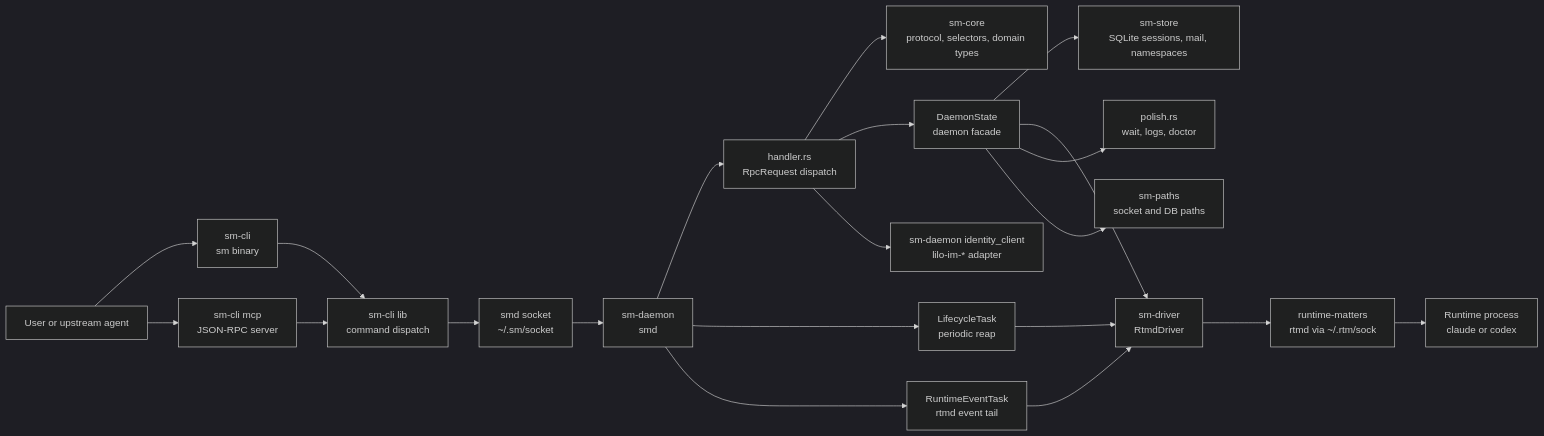
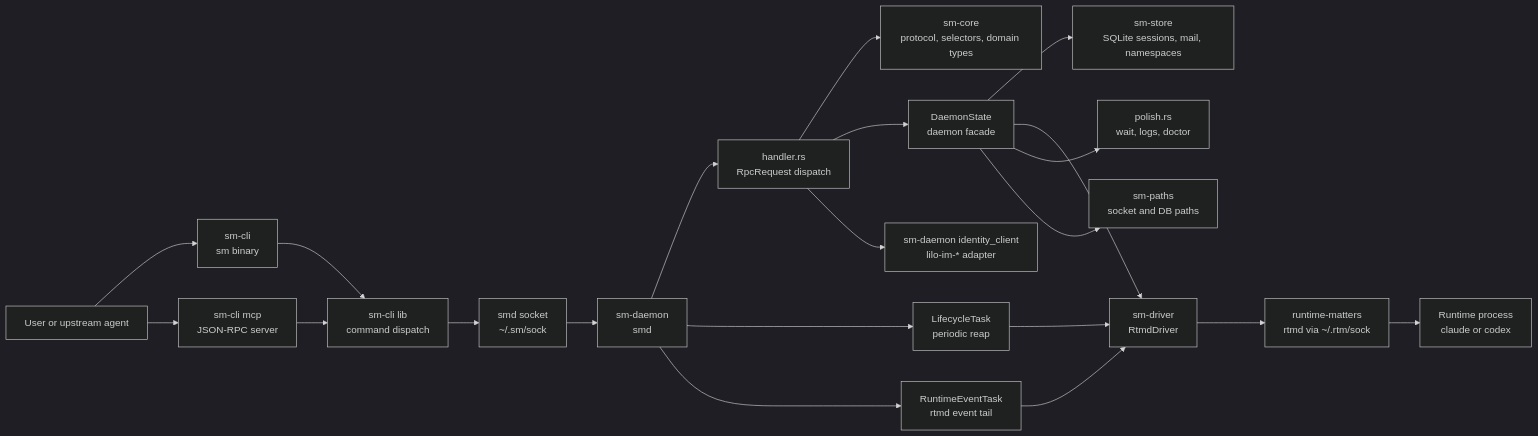
One commit to littleorgans/session-matters changed the first of 3 diagrams in MAP.md. Above: the diagram before and after it, drawn with Mermaid (dark theme). The commit also changed other lines of this file and 1 other file, not shown here.

````diff
--- a/MAP.md
+++ b/MAP.md
@@ -9,42 +9,42 @@
 ```mermaid
 flowchart LR
     User["User or upstream agent"]
     CLI["sm-cli<br/>sm binary"]
     Lib["sm-cli lib<br/>command dispatch"]
     Mcp["sm-cli mcp<br/>JSON-RPC server"]
-    Socket["smd socket<br/>~/.sm/socket"]
+    Socket["smd socket<br/>~/.sm/sock"]
     Daemon["sm-daemon<br/>smd"]
     Handler["handler.rs<br/>RpcRequest dispatch"]
     State["DaemonState<br/>daemon facade"]
     Store["sm-store<br/>SQLite sessions, mail, namespaces"]
     Driver["sm-driver<br/>RtmdDriver"]
     Identity["sm-daemon identity_client<br/>lilo-im-* adapter"]
     Lifecycle["LifecycleTask<br/>periodic reap"]
     Events["RuntimeEventTask<br/>rtmd event tail"]
     Polish["polish.rs<br/>wait, logs, doctor"]
     Paths["sm-paths<br/>socket and DB paths"]
     Core["sm-core<br/>protocol, selectors, domain types"]
     Rtmd["runtime-matters<br/>rtmd via ~/.rtm/sock"]
     Runtime["Runtime process<br/>claude or codex"]
 
     User --> CLI
     CLI --> Lib
     Lib --> Socket
     User --> Mcp
     Mcp --> Lib
     Socket --> Daemon
     Daemon --> Handler
     Handler --> Core
     Handler --> State
     Handler --> Identity
     State --> Store
     State --> Driver
     State --> Polish
     Daemon --> Lifecycle
     Daemon --> Events
     Lifecycle --> Driver
     Events --> Driver
     Driver --> Rtmd
     Rtmd --> Runtime
     State --> Paths
 ```
````
